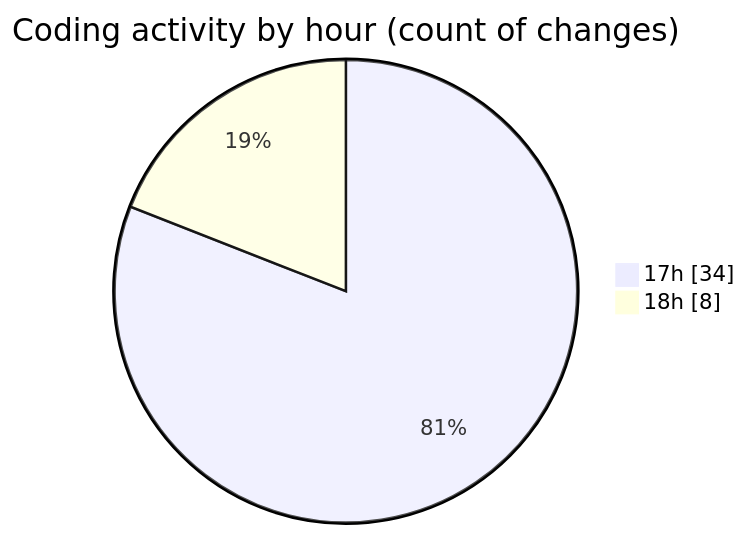
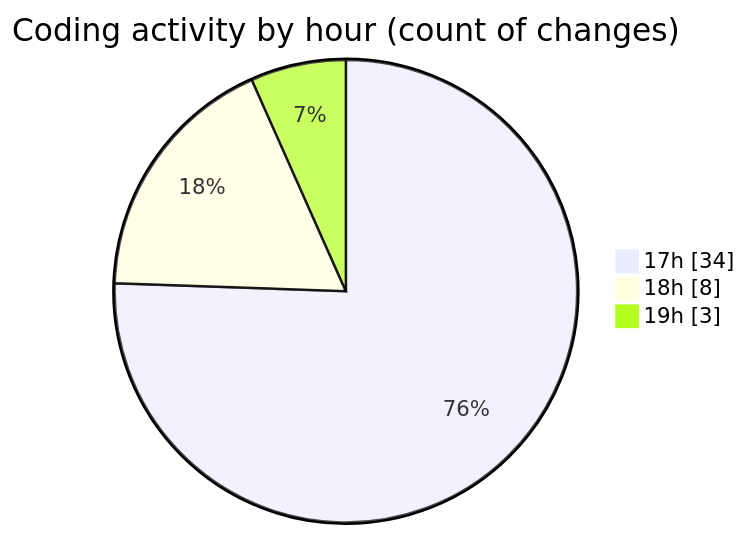
One commit to lephambinh05/code-tracking changed the second of 2 diagrams in 2025-08-03/boz-rat/README.md. Above: the diagram before and after it, drawn with Mermaid. The commit also changed other lines of this file and 1 other file, not shown here.

````diff
--- a/2025-08-03/boz-rat/README.md
+++ b/2025-08-03/boz-rat/README.md
@@ -49,6 +49,7 @@
 ```mermaid
 pie showData
 title Coding activity by hour (count of changes)
 "17h" : 34
 "18h" : 8
+"19h" : 3
 ```
````
